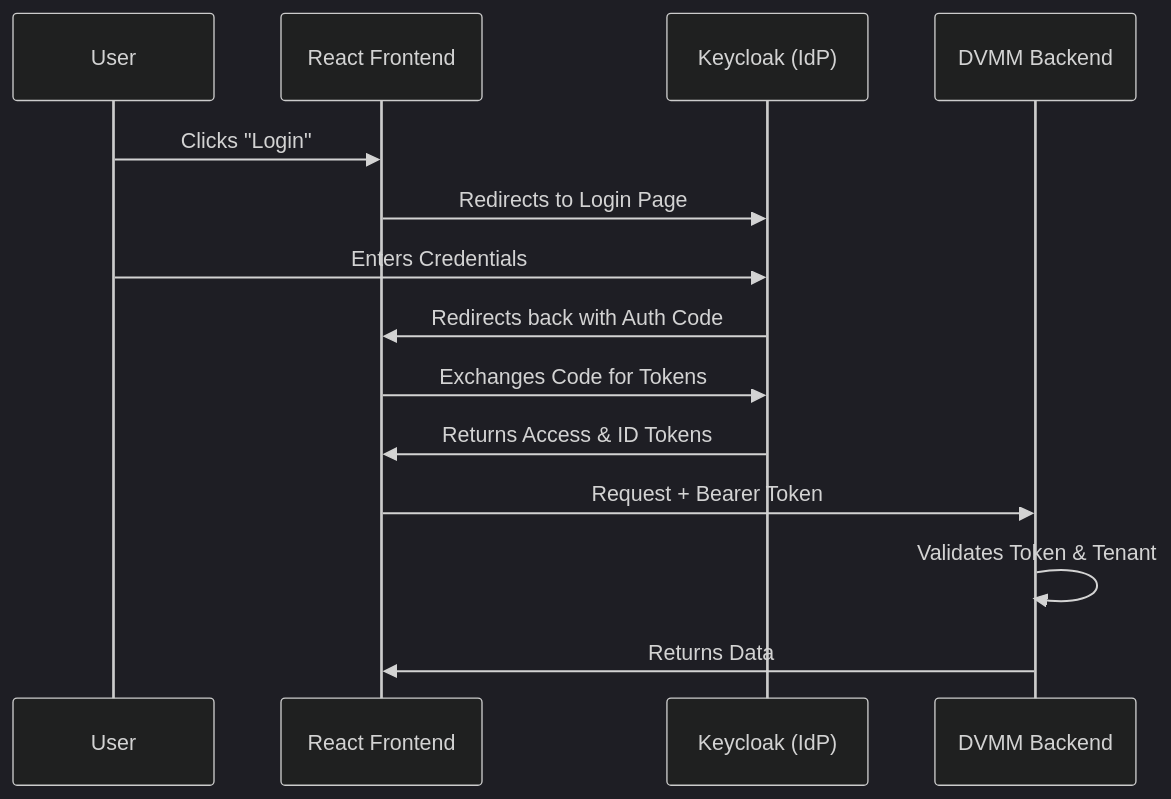
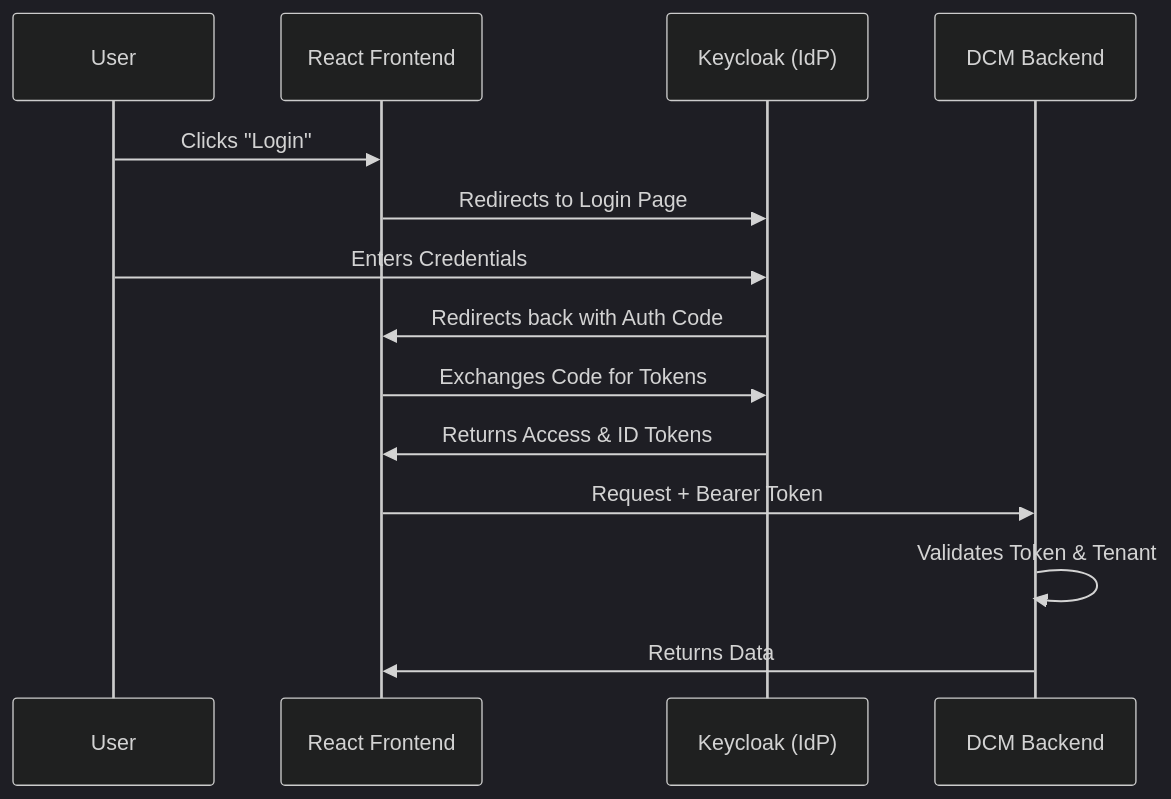
Before and after one commit to acita-gmbh/eaf: the diagram in docs/concepts/authentication-flow.md, drawn with Mermaid (dark theme). The commit also changed other lines of this file and 741 other files, not shown here.

First line of the commit message:
Rename DVMM product to DCM and update packages (#105)

````diff
--- a/docs/concepts/authentication-flow.md
+++ b/docs/concepts/authentication-flow.md
@@ -11,17 +11,17 @@
 ```mermaid
 sequenceDiagram
     participant User
     participant Frontend as React Frontend
     participant Keycloak as Keycloak (IdP)
-    participant API as DVMM Backend
+    participant API as DCM Backend
 
     User->>Frontend: Clicks "Login"
     Frontend->>Keycloak: Redirects to Login Page
     User->>Keycloak: Enters Credentials
     Keycloak->>Frontend: Redirects back with Auth Code
     Frontend->>Keycloak: Exchanges Code for Tokens
     Keycloak->>Frontend: Returns Access & ID Tokens
     Frontend->>API: Request + Bearer Token
     API->>API: Validates Token & Tenant
     API->>Frontend: Returns Data
 ```
````
